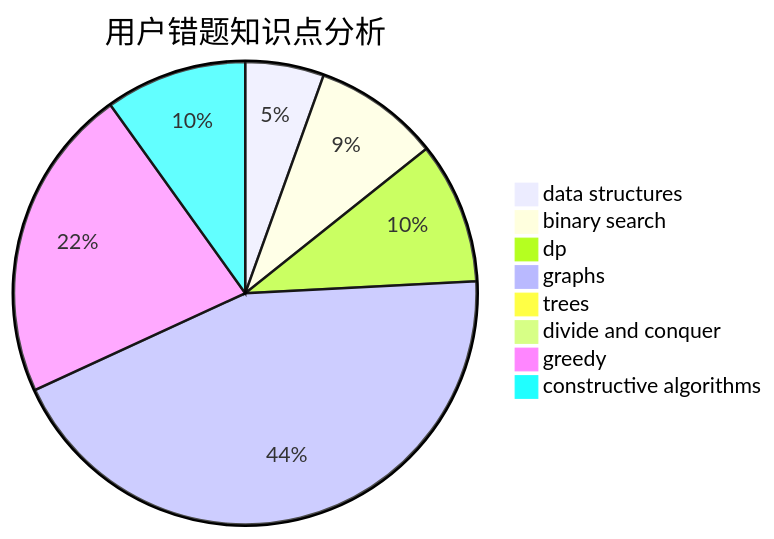
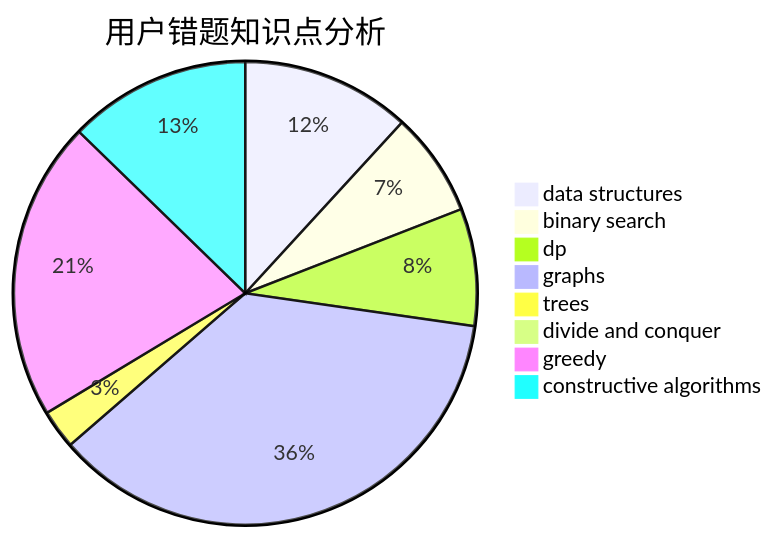
The third of 3 diagrams in docs/user/u1744.md (sherpahu/cfrs.github.io), drawn with Mermaid before and after one commit. The commit also changed other lines of this file and 2770 other files, not shown here.

````diff
--- a/docs/user/u1744.md
+++ b/docs/user/u1744.md
@@ -36,11 +36,11 @@
 ```mermaid
 pie title 用户错题知识点分析
-    "data structures" :  5
+    "data structures" :  13
     "binary search" :  8
     "dp" :  9
     "graphs" :  40
-    "trees" :  0
+    "trees" :  3
     "divide and conquer" :  0
-    "greedy" :  20
-    "constructive algorithms" :  9
+    "greedy" :  23
+    "constructive algorithms" :  14
 ```
````
